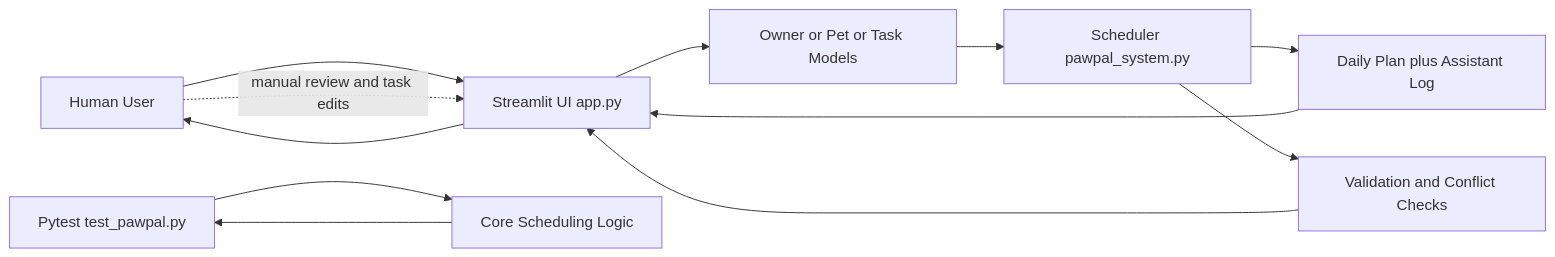
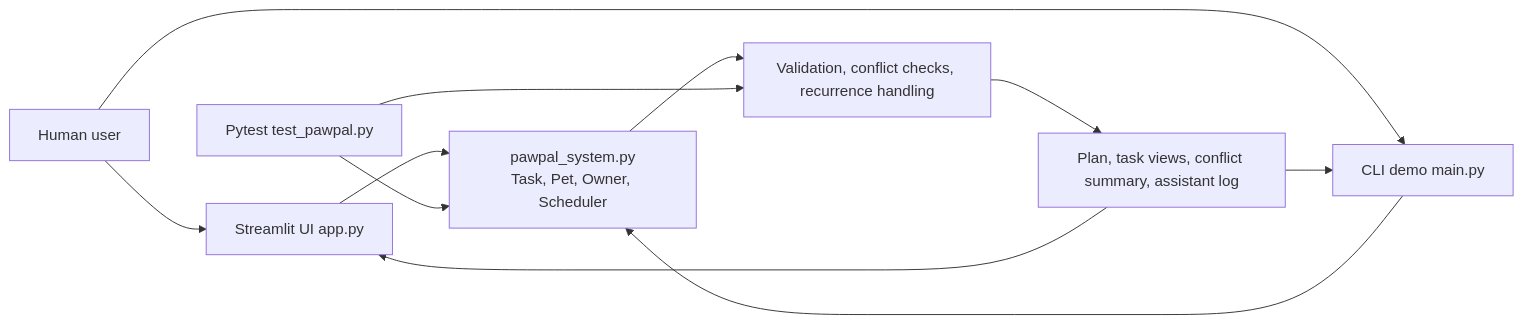
The diagram in assets/system_diagram.md (shakilkhan33/Codepath_final_Applied_AI_Projects), drawn with Mermaid before and after one commit. The commit also changed other lines of this file and 2 other files, not shown here.

Commit message:
Update README and system diagram with testing instructions and enhanced flow details

````diff
--- a/assets/system_diagram.md
+++ b/assets/system_diagram.md
@@ -3,16 +3,17 @@
 ```mermaid
 flowchart LR
-    H[Human User] --> UI[Streamlit UI app.py]
-    UI --> M[Owner or Pet or Task Models]
-    M --> S[Scheduler pawpal_system.py]
-    S --> R[Daily Plan plus Assistant Log]
-    R --> UI
-    UI --> H
+    H[Human user] --> UI[Streamlit UI app.py]
+    H --> CLI[CLI demo main.py]
 
-    S --> V[Validation and Conflict Checks]
-    V --> UI
+    UI --> S[pawpal_system.py\nTask, Pet, Owner, Scheduler]
+    CLI --> S
 
-    T[Pytest test_pawpal.py] --> C[Core Scheduling Logic]
-    C --> T
-    H -. manual review and task edits .-> UI
+    S --> V[Validation, conflict checks, recurrence handling]
+    V --> O[Plan, task views, conflict summary, assistant log]
+
+    O --> UI
+    O --> CLI
+
+    T[Pytest test_pawpal.py] --> S
+    T --> V
 ```
````
